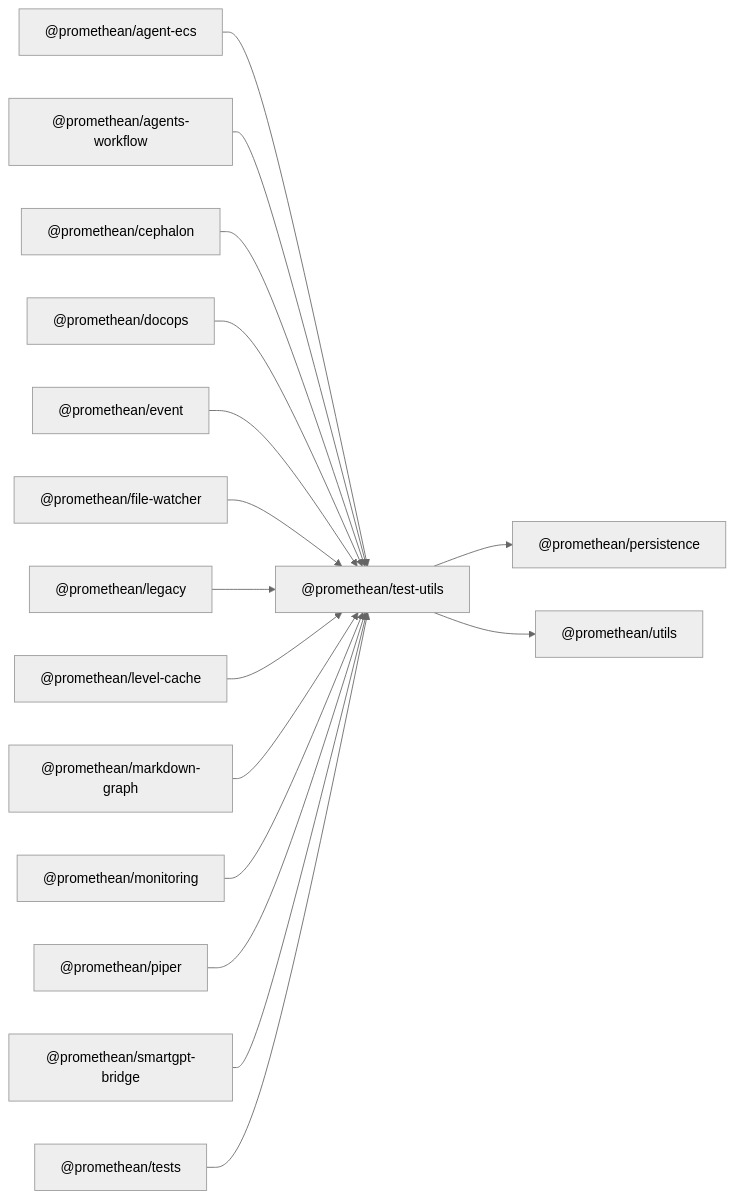
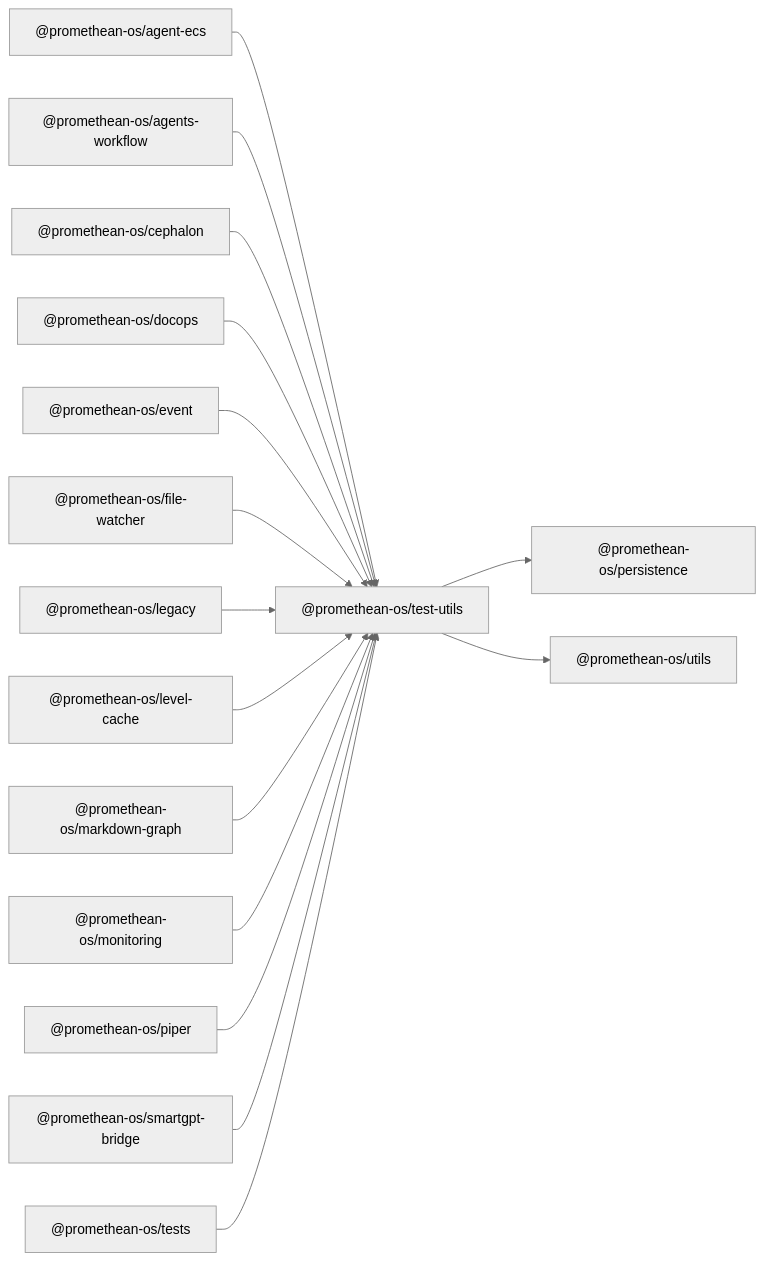
The diagram in docs/packages/test-utils/README.md (octave-commons/promethean), drawn with Mermaid (neutral theme) before and after one commit. The commit also changed other lines of this file and 1753 other files, not shown here.

````diff
--- a/docs/packages/test-utils/README.md
+++ b/docs/packages/test-utils/README.md
@@ -14,49 +14,49 @@
 ```mermaid
 graph LR
-  A["@promethean/test-utils"]
-  D1["@promethean/persistence"]
-  D2["@promethean/utils"]
-  R1["@promethean/agent-ecs"]
-  R2["@promethean/agents-workflow"]
-  R3["@promethean/cephalon"]
-  R4["@promethean/docops"]
-  R5["@promethean/event"]
-  R6["@promethean/file-watcher"]
-  R7["@promethean/legacy"]
-  R8["@promethean/level-cache"]
-  R9["@promethean/markdown-graph"]
-  R10["@promethean/monitoring"]
-  R11["@promethean/piper"]
-  R12["@promethean/smartgpt-bridge"]
-  R13["@promethean/tests"]
-  A --> D1["@promethean/persistence"]
-  A --> D2["@promethean/utils"]
-  R1["@promethean/agent-ecs"] --> A
-  R2["@promethean/agents-workflow"] --> A
-  R3["@promethean/cephalon"] --> A
-  R4["@promethean/docops"] --> A
-  R5["@promethean/event"] --> A
-  R6["@promethean/file-watcher"] --> A
-  R7["@promethean/legacy"] --> A
-  R8["@promethean/level-cache"] --> A
-  R9["@promethean/markdown-graph"] --> A
-  R10["@promethean/monitoring"] --> A
-  R11["@promethean/piper"] --> A
-  R12["@promethean/smartgpt-bridge"] --> A
-  R13["@promethean/tests"] --> A
-  click D1 "../persistence/README.md" "@promethean/persistence"
-  click D2 "../utils/README.md" "@promethean/utils"
-  click R1 "../agent-ecs/README.md" "@promethean/agent-ecs"
-  click R2 "../agents-workflow/README.md" "@promethean/agents-workflow"
-  click R3 "../cephalon/README.md" "@promethean/cephalon"
-  click R4 "../docops/README.md" "@promethean/docops"
-  click R5 "../event/README.md" "@promethean/event"
-  click R6 "../file-watcher/README.md" "@promethean/file-watcher"
-  click R7 "../legacy/README.md" "@promethean/legacy"
-  click R8 "../level-cache/README.md" "@promethean/level-cache"
-  click R9 "../markdown-graph/README.md" "@promethean/markdown-graph"
-  click R10 "../monitoring/README.md" "@promethean/monitoring"
-  click R11 "../piper/README.md" "@promethean/piper"
-  click R12 "../smartgpt-bridge/README.md" "@promethean/smartgpt-bridge"
-  click R13 "../tests/README.md" "@promethean/tests"
+  A["@promethean-os/test-utils"]
+  D1["@promethean-os/persistence"]
+  D2["@promethean-os/utils"]
+  R1["@promethean-os/agent-ecs"]
+  R2["@promethean-os/agents-workflow"]
+  R3["@promethean-os/cephalon"]
+  R4["@promethean-os/docops"]
+  R5["@promethean-os/event"]
+  R6["@promethean-os/file-watcher"]
+  R7["@promethean-os/legacy"]
+  R8["@promethean-os/level-cache"]
+  R9["@promethean-os/markdown-graph"]
+  R10["@promethean-os/monitoring"]
+  R11["@promethean-os/piper"]
+  R12["@promethean-os/smartgpt-bridge"]
+  R13["@promethean-os/tests"]
+  A --> D1["@promethean-os/persistence"]
+  A --> D2["@promethean-os/utils"]
+  R1["@promethean-os/agent-ecs"] --> A
+  R2["@promethean-os/agents-workflow"] --> A
+  R3["@promethean-os/cephalon"] --> A
+  R4["@promethean-os/docops"] --> A
+  R5["@promethean-os/event"] --> A
+  R6["@promethean-os/file-watcher"] --> A
+  R7["@promethean-os/legacy"] --> A
+  R8["@promethean-os/level-cache"] --> A
+  R9["@promethean-os/markdown-graph"] --> A
+  R10["@promethean-os/monitoring"] --> A
+  R11["@promethean-os/piper"] --> A
+  R12["@promethean-os/smartgpt-bridge"] --> A
+  R13["@promethean-os/tests"] --> A
+  click D1 "../persistence/README.md" "@promethean-os/persistence"
+  click D2 "../utils/README.md" "@promethean-os/utils"
+  click R1 "../agent-ecs/README.md" "@promethean-os/agent-ecs"
+  click R2 "../agents-workflow/README.md" "@promethean-os/agents-workflow"
+  click R3 "../cephalon/README.md" "@promethean-os/cephalon"
+  click R4 "../docops/README.md" "@promethean-os/docops"
+  click R5 "../event/README.md" "@promethean-os/event"
+  click R6 "../file-watcher/README.md" "@promethean-os/file-watcher"
+  click R7 "../legacy/README.md" "@promethean-os/legacy"
+  click R8 "../level-cache/README.md" "@promethean-os/level-cache"
+  click R9 "../markdown-graph/README.md" "@promethean-os/markdown-graph"
+  click R10 "../monitoring/README.md" "@promethean-os/monitoring"
+  click R11 "../piper/README.md" "@promethean-os/piper"
+  click R12 "../smartgpt-bridge/README.md" "@promethean-os/smartgpt-bridge"
+  click R13 "../tests/README.md" "@promethean-os/tests"
 ```
````
